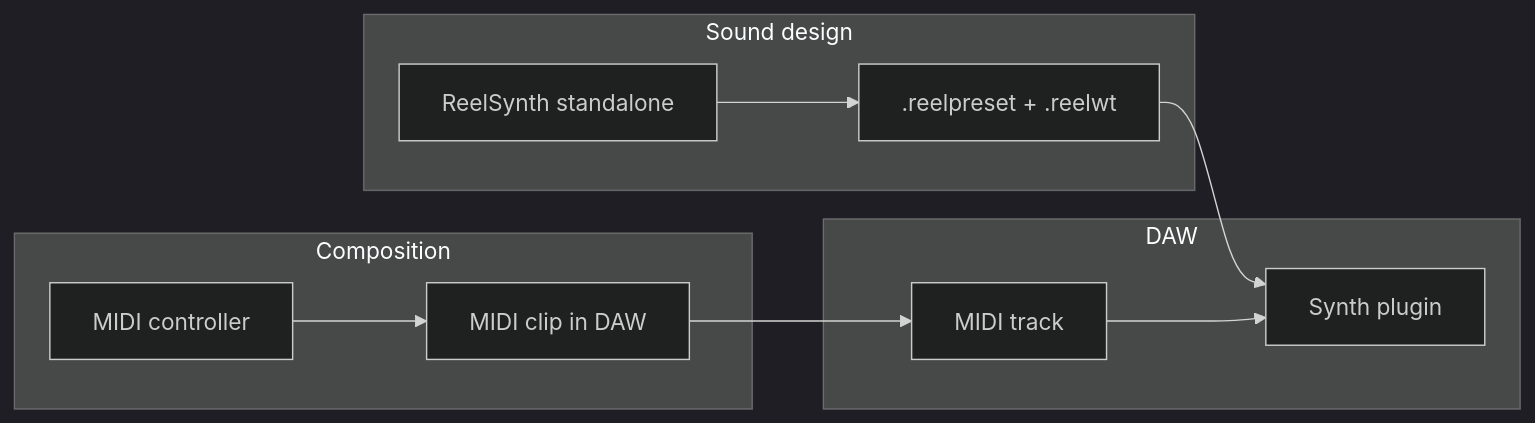
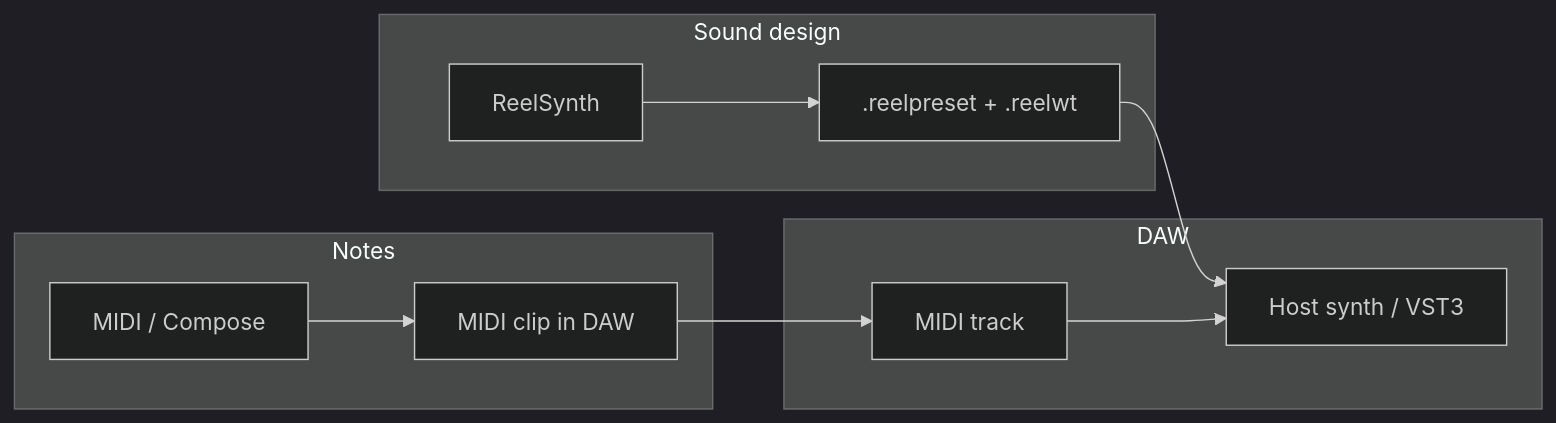
One commit to reeldemo/reelsynth changed the diagram in docs/WORKFLOW.md. Above: the diagram before and after it, drawn with Mermaid (dark theme). The commit also changed other lines of this file and 20 other files, not shown here.

````diff
--- a/docs/WORKFLOW.md
+++ b/docs/WORKFLOW.md
@@ -16,22 +14,22 @@
 ```mermaid
 flowchart LR
   subgraph design [Sound design]
-    RS[ReelSynth standalone]
+    RS[ReelSynth]
     Preset[".reelpreset + .reelwt"]
     RS --> Preset
   end
 
-  subgraph compose [Composition]
-    MIDIctrl[MIDI controller]
+  subgraph compose [Notes]
+    MIDIctrl[MIDI / Compose]
     MIDIf[MIDI clip in DAW]
     MIDIctrl --> MIDIf
   end
 
   subgraph daw [DAW]
     Track[MIDI track]
-    Synth[Synth plugin]
+    Synth[Host synth / VST3]
     Preset --> Synth
     MIDIf --> Track
     Track --> Synth
   end
 ```
````
